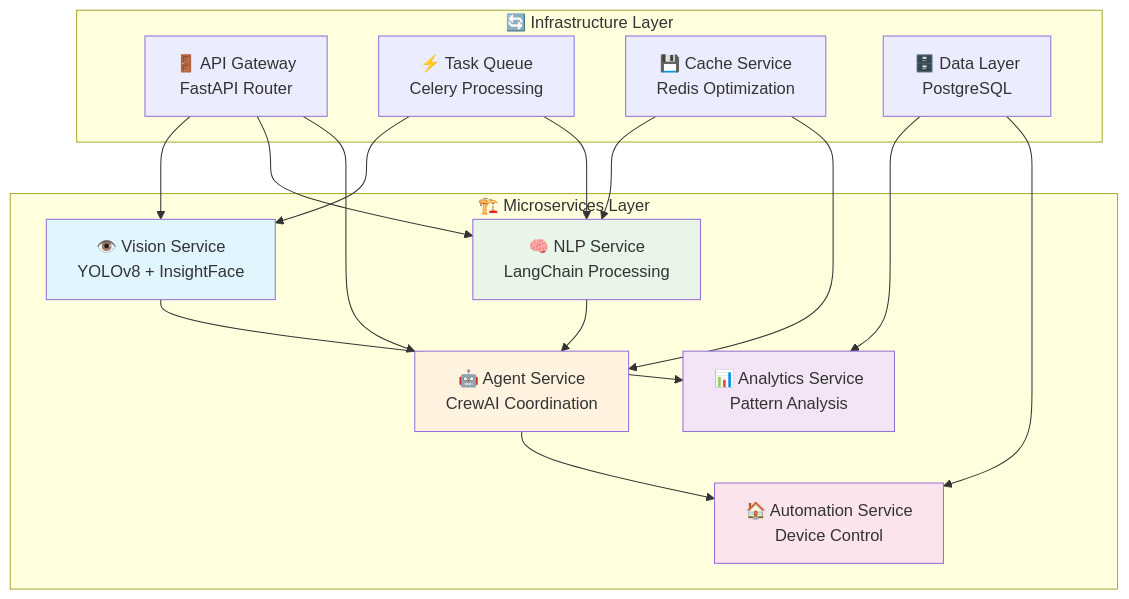
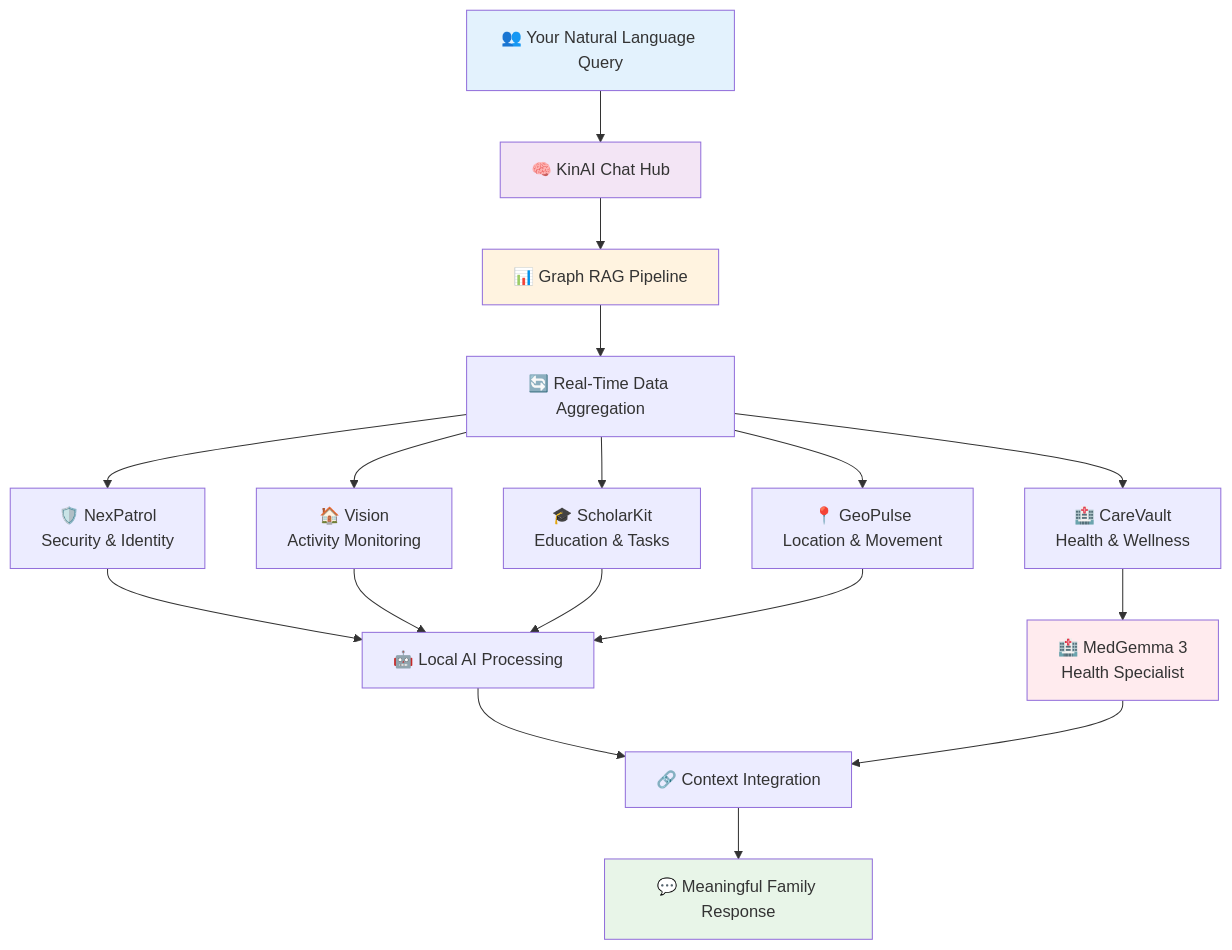
Before and after one commit to Logulokesh/KinAI-Ecosystem: diagram 11 of 15 in README.md, drawn with Mermaid. The commit also changed other lines of this file, not shown here.

````diff
--- a/README.md
+++ b/README.md
@@ -219,36 +619,29 @@
 ```mermaid
-graph TB
-    subgraph "🏗️ Microservices Layer"
-        A[👁️ Vision Service<br/>YOLOv8 + InsightFace]
-        B[🧠 NLP Service<br/>LangChain Processing]
-        C[🤖 Agent Service<br/>CrewAI Coordination]
-        D[📊 Analytics Service<br/>Pattern Analysis]
-        E[🏠 Automation Service<br/>Device Control]
-    end
+flowchart TD
+    A[👥 Your Natural Language Query] --> B[🧠 KinAI Chat Hub]
     
-    subgraph "🔄 Infrastructure Layer"
-        F[🚪 API Gateway<br/>FastAPI Router]
-        G[⚡ Task Queue<br/>Celery Processing]
-        H[💾 Cache Service<br/>Redis Optimization]
-        I[🗄️ Data Layer<br/>PostgreSQL]
-    end
+    B --> C[📊 Graph RAG Pipeline]
+    C --> D[🔄 Real-Time Data Aggregation]
     
-    A --> D
-    B --> C
-    C --> E
-    F --> A
-    F --> B
-    F --> C
-    G --> A
-    G --> B
-    H --> B
-    H --> C
-    I --> D
-    I --> E
+    D --> E[🛡️ NexPatrol<br/>Security & Identity]
+    D --> F[🏠 Vision<br/>Activity Monitoring]
+    D --> G[🏥 CareVault<br/>Health & Wellness]
+    D --> H[🎓 ScholarKit<br/>Education & Tasks]
+    D --> I[📍 GeoPulse<br/>Location & Movement]
     
-    style A fill:#e1f5fe
-    style B fill:#e8f5e8
+    E --> J[🤖 Local AI Processing]
+    F --> J
+    G --> K[🏥 MedGemma 3<br/>Health Specialist]
+    H --> J
+    I --> J
+    
+    J --> L[🔗 Context Integration]
+    K --> L
+    L --> M[💬 Meaningful Family Response]
+    
+    style A fill:#e3f2fd
+    style M fill:#e8f5e8
+    style B fill:#f3e5f5
     style C fill:#fff3e0
-    style D fill:#f3e5f5
-    style E fill:#fce4ec
+    style K fill:#ffebee
 ```
````
